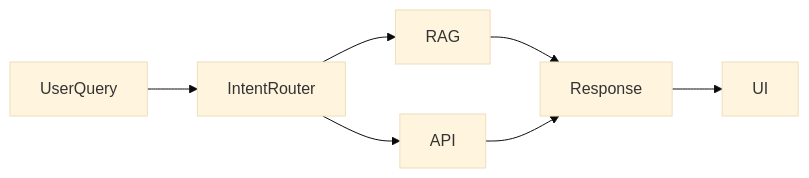
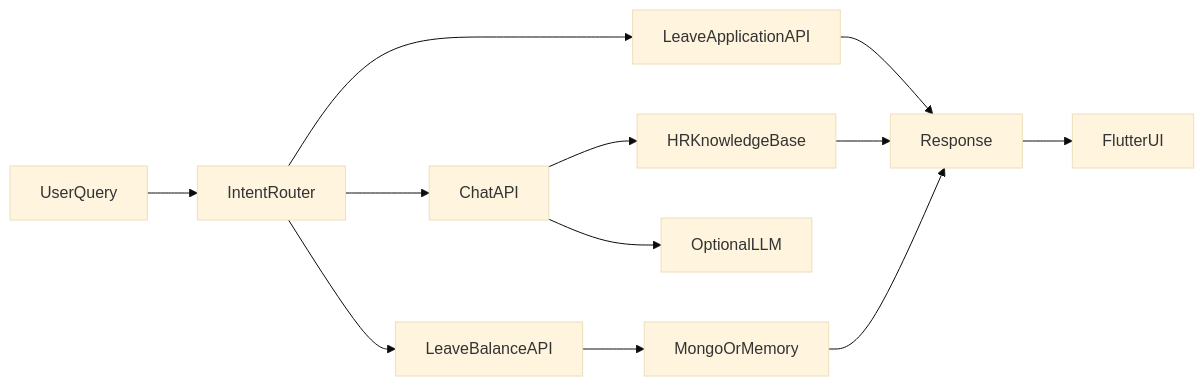
One commit to Adityansh-Chand/ADAAS changed the diagram in README.md. Above: the diagram before and after it, drawn with Mermaid (base theme). The commit also changed other lines of this file and 10 other files, not shown here.

````diff
--- a/README.md
+++ b/README.md
@@ -8,9 +9,14 @@
 ```mermaid
 flowchart LR
-UserQuery --> IntentRouter
-IntentRouter --> RAG
-IntentRouter --> API
-RAG --> Response
-API --> Response
-Response --> UI
+  UserQuery --> IntentRouter
+  IntentRouter --> LeaveBalanceAPI
+  IntentRouter --> LeaveApplicationAPI
+  IntentRouter --> ChatAPI
+  ChatAPI --> HRKnowledgeBase
+  ChatAPI --> OptionalLLM
+  LeaveBalanceAPI --> MongoOrMemory
+  LeaveApplicationAPI --> Response
+  HRKnowledgeBase --> Response
+  MongoOrMemory --> Response
+  Response --> FlutterUI
 ```
````
